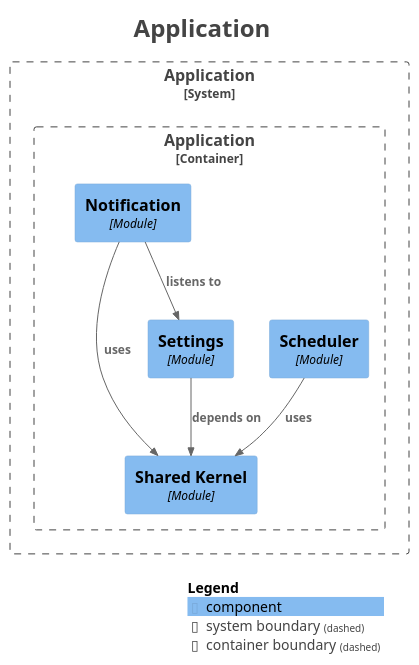
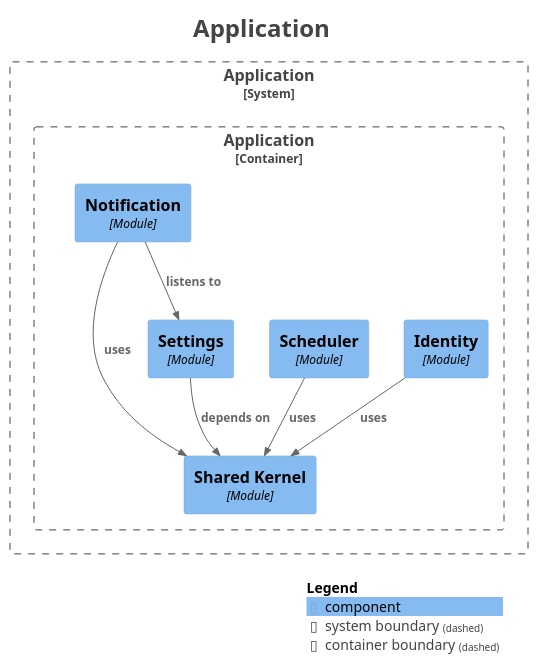
One commit to Paul-Ayesiga/enterprise-modulith-template changed the diagram in docs/modulith/components.puml. Above: the diagram before and after it, drawn with PlantUML. The commit also changed 32 other files, not shown here.

First line of the commit message:
Identity/Org RBAC — Phase 2: identity module + Keycloak admin gateway

```diff
--- a/docs/modulith/components.puml
+++ b/docs/modulith/components.puml
@@ -1,35 +1,37 @@
 @startuml
 title <size:24>Application</size>
 
 set separator none
 top to bottom direction
 
 <style>
   root {
     BackgroundColor: #ffffff
     FontColor: #444444
   }
 </style>
 
 !include <C4/C4>
 !include <C4/C4_Context>
 !include <C4/C4_Component>
 
 System_Boundary("Application_boundary", "Application", $tags="") {
   Container_Boundary("Application.Application_boundary", "Application", $tags="") {
     Component(Application.Application.SharedKernel, "Shared Kernel", $techn="Module", $descr="", $tags="", $link="")
+    Component(Application.Application.Identity, "Identity", $techn="Module", $descr="", $tags="", $link="")
     Component(Application.Application.Scheduler, "Scheduler", $techn="Module", $descr="", $tags="", $link="")
     Component(Application.Application.Settings, "Settings", $techn="Module", $descr="", $tags="", $link="")
     Component(Application.Application.Notification, "Notification", $techn="Module", $descr="", $tags="", $link="")
   }
 
 }
 
+Rel(Application.Application.Settings, Application.Application.SharedKernel, "depends on", $techn="", $tags="", $link="")
 Rel(Application.Application.Notification, Application.Application.Settings, "listens to", $techn="", $tags="", $link="")
 Rel(Application.Application.Notification, Application.Application.SharedKernel, "uses", $techn="", $tags="", $link="")
+Rel(Application.Application.Identity, Application.Application.SharedKernel, "uses", $techn="", $tags="", $link="")
 Rel(Application.Application.Scheduler, Application.Application.SharedKernel, "uses", $techn="", $tags="", $link="")
-Rel(Application.Application.Settings, Application.Application.SharedKernel, "depends on", $techn="", $tags="", $link="")
 
 SHOW_LEGEND(true)
 hide stereotypes
 @enduml
```
